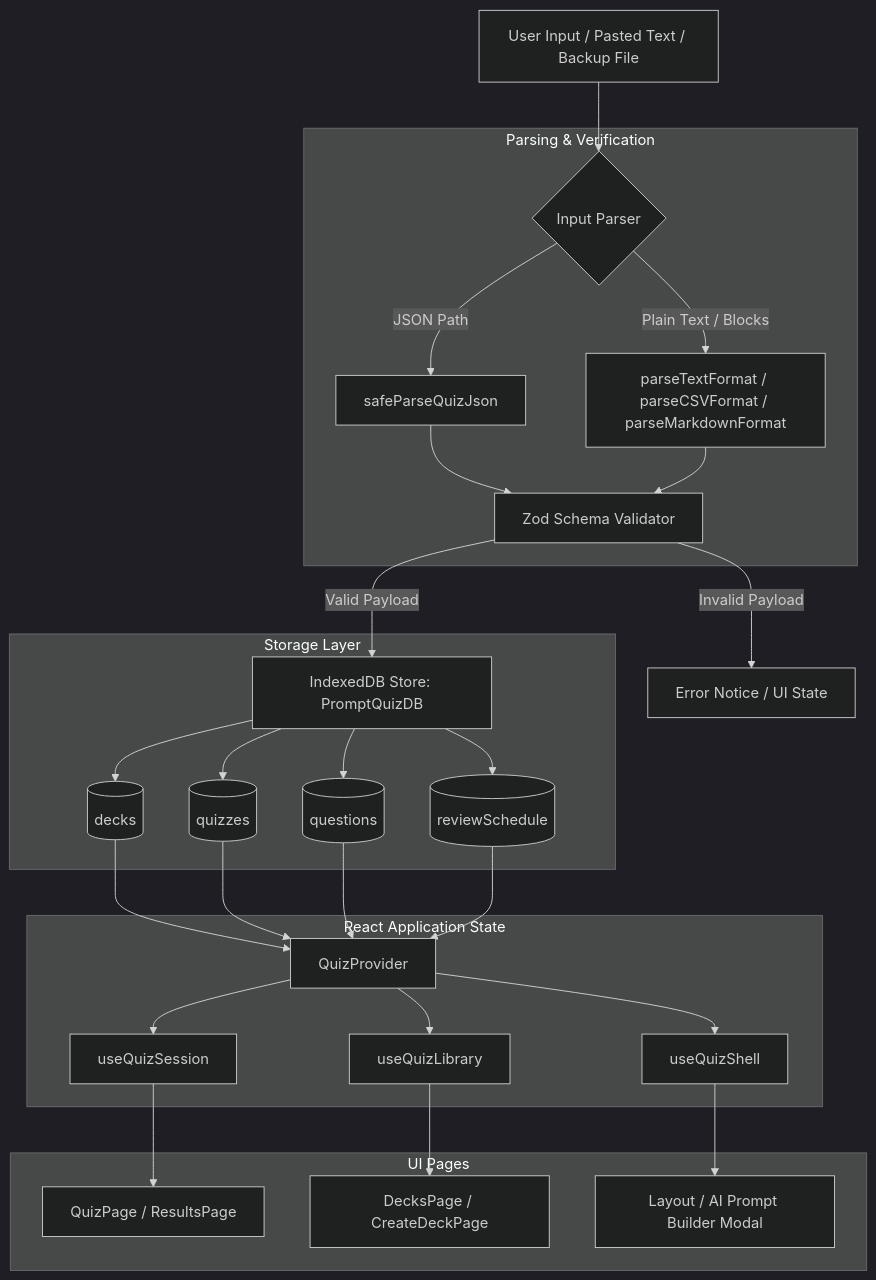
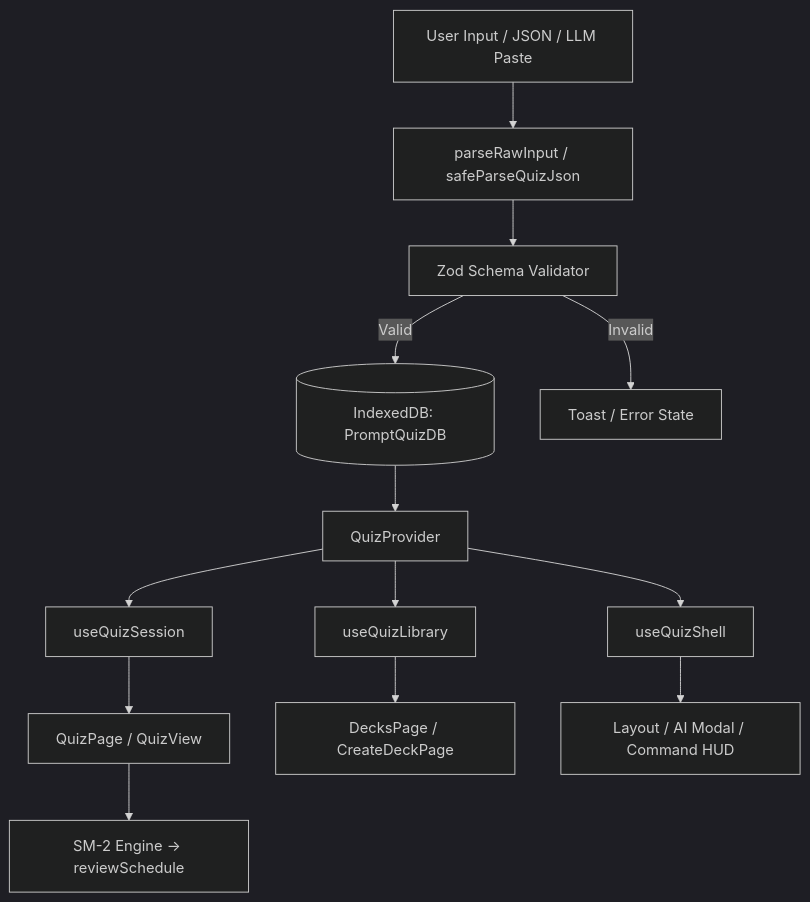
The diagram in README.md (IT25100142/promptQuiz), drawn with Mermaid (dark theme) before and after one commit. The commit also changed other lines of this file, not shown here.

````diff
--- a/README.md
+++ b/README.md
@@ -59,35 +141,15 @@
 ```mermaid
 flowchart TD
-    A[User Input / Pasted Text / Backup File] --> B{Input Parser}
-    
-    subgraph Parsing & Verification
-        B -->|JSON Path| C[safeParseQuizJson]
-        B -->|Plain Text / Blocks| D[parseTextFormat / parseCSVFormat / parseMarkdownFormat]
-        C --> E[Zod Schema Validator]
-        D --> E
-    end
-    
-    E -->|Valid Payload| F[IndexedDB Store: PromptQuizDB]
-    E -->|Invalid Payload| G[Error Notice / UI State]
-    
-    subgraph Storage Layer
-        F --> H[(decks)]
-        F --> I[(quizzes)]
-        F --> J[(questions)]
-        F --> K[(reviewSchedule)]
-    end
-    
-    subgraph React Application State
-        L[QuizProvider]
-        H & I & J & K --> L
-        L --> M[useQuizSession]
-        L --> N[useQuizLibrary]
-        L --> O[useQuizShell]
-    end
-    
-    subgraph UI Pages
-        M --> P[QuizPage / ResultsPage]
-        N --> Q[DecksPage / CreateDeckPage]
-        O --> R[Layout / AI Prompt Builder Modal]
-    end
+    Input[User Input / JSON / LLM Paste] --> Parser[parseRawInput / safeParseQuizJson]
+    Parser --> Zod[Zod Schema Validator]
+    Zod -->|Valid| IDB[(IndexedDB: PromptQuizDB)]
+    Zod -->|Invalid| Toast[Toast / Error State]
+    IDB --> Provider[QuizProvider]
+    Provider --> Session[useQuizSession]
+    Provider --> Library[useQuizLibrary]
+    Provider --> Shell[useQuizShell]
+    Session --> QuizUI[QuizPage / QuizView]
+    Library --> DecksUI[DecksPage / CreateDeckPage]
+    Shell --> Layout[Layout / AI Modal / Command HUD]
+    QuizUI --> SM2[SM-2 Engine → reviewSchedule]
 ```
````
